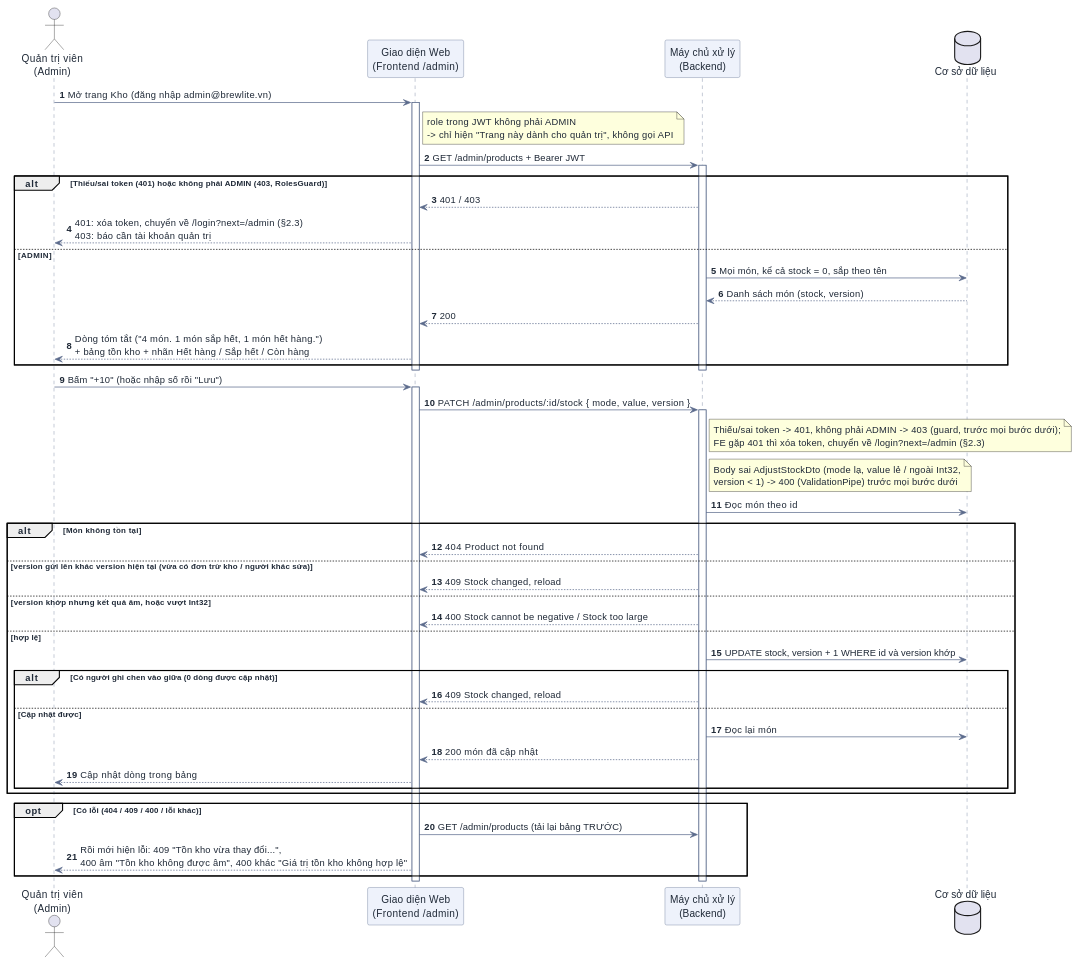
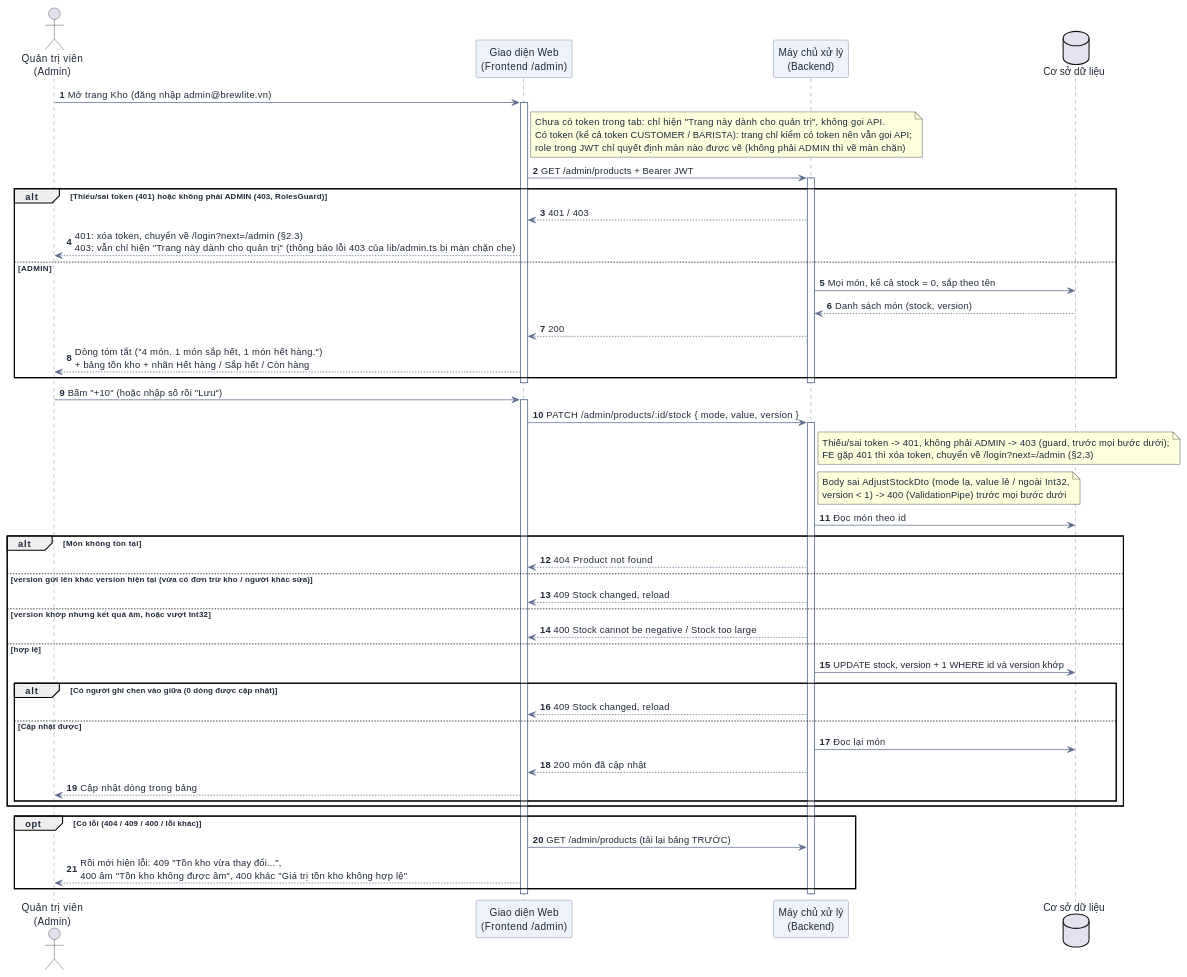
The ninth of 9 diagrams in docs/user-sequence-specifications.md (DuVinhLoi/BrewLite), drawn with PlantUML before and after one commit. The commit also changed other lines of this file and 22 other files, not shown here.

````diff
--- a/docs/user-sequence-specifications.md
+++ b/docs/user-sequence-specifications.md
@@ -925,62 +925,62 @@
 ```plantuml
 @startuml
 skinparam DefaultFontColor #1f2937
 skinparam ArrowColor #5b6b8c
 skinparam SequenceParticipantBackgroundColor #eef2fb
 skinparam SequenceParticipantBorderColor #5b6b8c
 skinparam SequenceLifeLineBorderColor #5b6b8c
 
 autonumber
 actor "Quản trị viên\n(Admin)" as User
 participant "Giao diện Web\n(Frontend /admin)" as FE
 participant "Máy chủ xử lý\n(Backend)" as BE
 database "Cơ sở dữ liệu" as DB
 
 User -> FE : Mở trang Kho (đăng nhập admin@brewlite.vn)
 activate FE
-note right of FE : role trong JWT không phải ADMIN\n-> chỉ hiện "Trang này dành cho quản trị", không gọi API
+note right of FE : Chưa có token trong tab: chỉ hiện "Trang này dành cho quản trị", không gọi API.\nCó token (kể cả token CUSTOMER / BARISTA): trang chỉ kiểm có token nên vẫn gọi API;\nrole trong JWT chỉ quyết định màn nào được vẽ (không phải ADMIN thì vẽ màn chặn)
 FE -> BE : GET /admin/products + Bearer JWT
 activate BE
 alt Thiếu/sai token (401) hoặc không phải ADMIN (403, RolesGuard)
   BE --> FE : 401 / 403
-  FE --> User : 401: xóa token, chuyển về /login?next=/admin (§2.3)\n403: báo cần tài khoản quản trị
+  FE --> User : 401: xóa token, chuyển về /login?next=/admin (§2.3)\n403: vẫn chỉ hiện "Trang này dành cho quản trị" (thông báo lỗi 403 của lib/admin.ts bị màn chặn che)
 else ADMIN
   BE -> DB : Mọi món, kể cả stock = 0, sắp theo tên
   DB --> BE : Danh sách món (stock, version)
   BE --> FE : 200
   FE --> User : Dòng tóm tắt ("4 món. 1 món sắp hết, 1 món hết hàng.")\n+ bảng tồn kho + nhãn Hết hàng / Sắp hết / Còn hàng
 end
 deactivate BE
 deactivate FE
 
 User -> FE : Bấm "+10" (hoặc nhập số rồi "Lưu")
 activate FE
 FE -> BE : PATCH /admin/products/:id/stock { mode, value, version }
 activate BE
 note right of BE : Thiếu/sai token -> 401, không phải ADMIN -> 403 (guard, trước mọi bước dưới);\nFE gặp 401 thì xóa token, chuyển về /login?next=/admin (§2.3)
 note right of BE : Body sai AdjustStockDto (mode lạ, value lẻ / ngoài Int32,\nversion < 1) -> 400 (ValidationPipe) trước mọi bước dưới
 BE -> DB : Đọc món theo id
 alt Món không tồn tại
   BE --> FE : 404 Product not found
 else version gửi lên khác version hiện tại (vừa có đơn trừ kho / người khác sửa)
   BE --> FE : 409 Stock changed, reload
 else version khớp nhưng kết quả âm, hoặc vượt Int32
   BE --> FE : 400 Stock cannot be negative / Stock too large
 else hợp lệ
   BE -> DB : UPDATE stock, version + 1 WHERE id và version khớp
   alt Có người ghi chen vào giữa (0 dòng được cập nhật)
     BE --> FE : 409 Stock changed, reload
   else Cập nhật được
     BE -> DB : Đọc lại món
     BE --> FE : 200 món đã cập nhật
     FE --> User : Cập nhật dòng trong bảng
   end
 end
 opt Có lỗi (404 / 409 / 400 / lỗi khác)
   FE -> BE : GET /admin/products (tải lại bảng TRƯỚC)
   FE --> User : Rồi mới hiện lỗi: 409 "Tồn kho vừa thay đổi...",\n400 âm "Tồn kho không được âm", 400 khác "Giá trị tồn kho không hợp lệ"
 end
 deactivate BE
 deactivate FE
 @enduml
 ```
````
